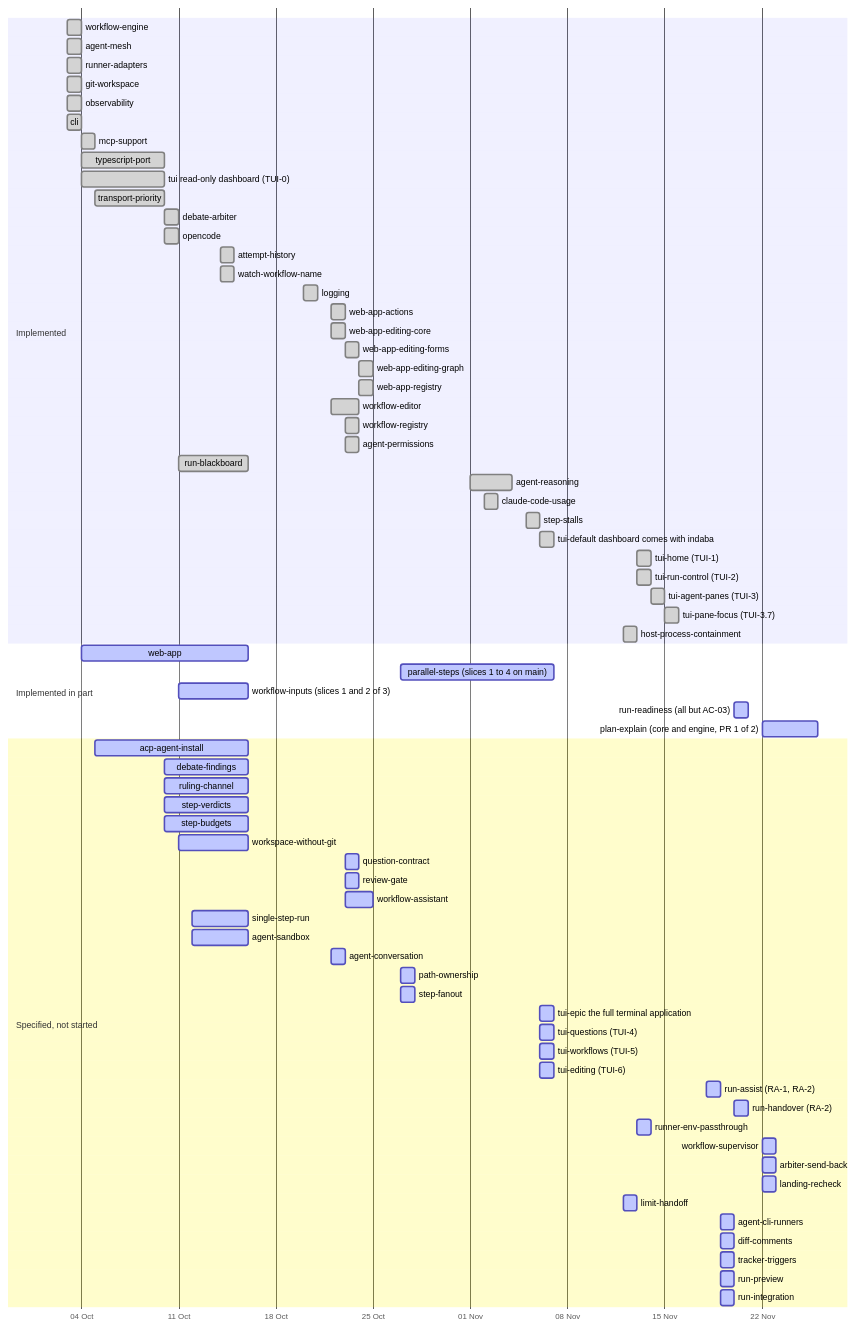
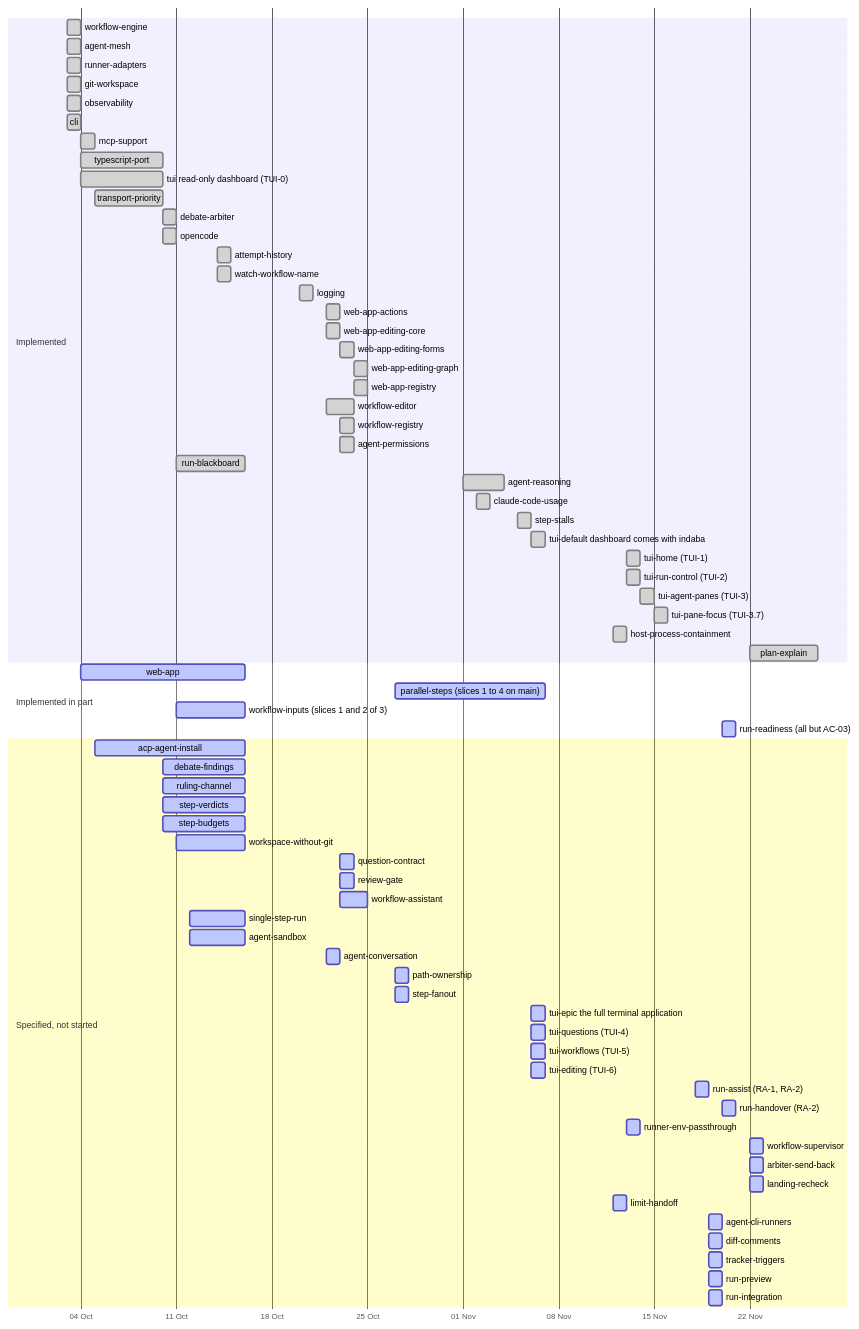
Before and after one commit to yaotzin1/indaba: the second of 5 diagrams in specs/DEPENDENCY_MAP.md, drawn with Mermaid. The commit also changed other lines of this file and 11 other files, not shown here.

````diff
--- a/specs/DEPENDENCY_MAP.md
+++ b/specs/DEPENDENCY_MAP.md
@@ -73,76 +73,76 @@
 ```mermaid
 gantt
     dateFormat YYYY-MM-DD
     axisFormat %d %b
     section Implemented
     workflow-engine        :done, 2026-10-03, 2026-10-04
     agent-mesh             :done, 2026-10-03, 2026-10-04
     runner-adapters        :done, 2026-10-03, 2026-10-04
     git-workspace          :done, 2026-10-03, 2026-10-04
     observability          :done, 2026-10-03, 2026-10-04
     cli                    :done, 2026-10-03, 2026-10-04
     mcp-support            :done, 2026-10-04, 1d
     typescript-port        :done, 2026-10-04, 2026-10-10
     tui read-only dashboard (TUI-0) :done, 2026-10-04, 2026-10-10
     transport-priority     :done, 2026-10-05, 2026-10-10
     debate-arbiter         :done, 2026-10-10, 1d
     opencode               :done, 2026-10-10, 1d
     attempt-history        :done, 2026-10-14, 1d
     watch-workflow-name    :done, 2026-10-14, 1d
     logging                :done, 2026-10-20, 2026-10-21
     web-app-actions        :done, 2026-10-22, 1d
     web-app-editing-core   :done, 2026-10-22, 1d
     web-app-editing-forms  :done, 2026-10-23, 1d
     web-app-editing-graph  :done, 2026-10-24, 1d
     web-app-registry       :done, 2026-10-24, 1d
     workflow-editor        :done, 2026-10-22, 2d
     workflow-registry      :done, 2026-10-23, 1d
     agent-permissions      :done, 2026-10-23, 2026-10-24
     run-blackboard         :done, 2026-10-11, 2026-10-16
     agent-reasoning        :done, 2026-11-01, 2026-11-04
     claude-code-usage      :done, 2026-11-02, 1d
     step-stalls            :done, 2026-11-05, 2026-11-06
     tui-default dashboard comes with indaba :done, 2026-11-06, 1d
     tui-home (TUI-1)       :done, 2026-11-13, 1d
     tui-run-control (TUI-2) :done, 2026-11-13, 1d
     tui-agent-panes (TUI-3) :done, 2026-11-14, 1d
     tui-pane-focus (TUI-3.7) :done, 2026-11-15, 1d
     host-process-containment :done, 2026-11-12, 1d
+    plan-explain           :done, 2026-11-22, 2026-11-27
     section Implemented in part
     web-app                :active, 2026-10-04, 2026-10-16
     parallel-steps (slices 1 to 4 on main) :active, 2026-10-27, 2026-11-07
     workflow-inputs (slices 1 and 2 of 3) :active, 2026-10-11, 2026-10-16
     run-readiness (all but AC-03) :active, 2026-11-20, 1d
-    plan-explain (core and engine, PR 1 of 2) :active, 2026-11-22, 2026-11-26
     section Specified, not started
     acp-agent-install      :active, 2026-10-05, 2026-10-16
     debate-findings        :active, 2026-10-10, 2026-10-16
     ruling-channel         :active, 2026-10-10, 2026-10-16
     step-verdicts          :active, 2026-10-10, 2026-10-16
     step-budgets           :active, 2026-10-10, 2026-10-16
     workspace-without-git  :active, 2026-10-11, 2026-10-16
     question-contract      :active, 2026-10-23, 2026-10-24
     review-gate            :active, 2026-10-23, 2026-10-24
     workflow-assistant     :active, 2026-10-23, 2026-10-25
     single-step-run        :active, 2026-10-12, 2026-10-16
     agent-sandbox          :active, 2026-10-12, 2026-10-16
     agent-conversation     :active, 2026-10-22, 2026-10-23
     path-ownership         :active, 2026-10-27, 1d
     step-fanout            :active, 2026-10-27, 1d
     tui-epic the full terminal application :active, 2026-11-06, 1d
     tui-questions (TUI-4)  :active, 2026-11-06, 1d
     tui-workflows (TUI-5)  :active, 2026-11-06, 1d
     tui-editing (TUI-6)    :active, 2026-11-06, 1d
     run-assist (RA-1, RA-2) :active, 2026-11-18, 1d
     run-handover (RA-2)    :active, 2026-11-20, 1d
     runner-env-passthrough :active, 2026-11-13, 1d
     workflow-supervisor      :active, 2026-11-22, 1d
     arbiter-send-back        :active, 2026-11-22, 1d
     landing-recheck          :active, 2026-11-22, 1d
     limit-handoff            :active, 2026-11-12, 1d
     agent-cli-runners        :active, 2026-11-19, 1d
     diff-comments            :active, 2026-11-19, 1d
     tracker-triggers         :active, 2026-11-19, 1d
     run-preview              :active, 2026-11-19, 1d
     run-integration          :active, 2026-11-19, 1d
 ```
````
